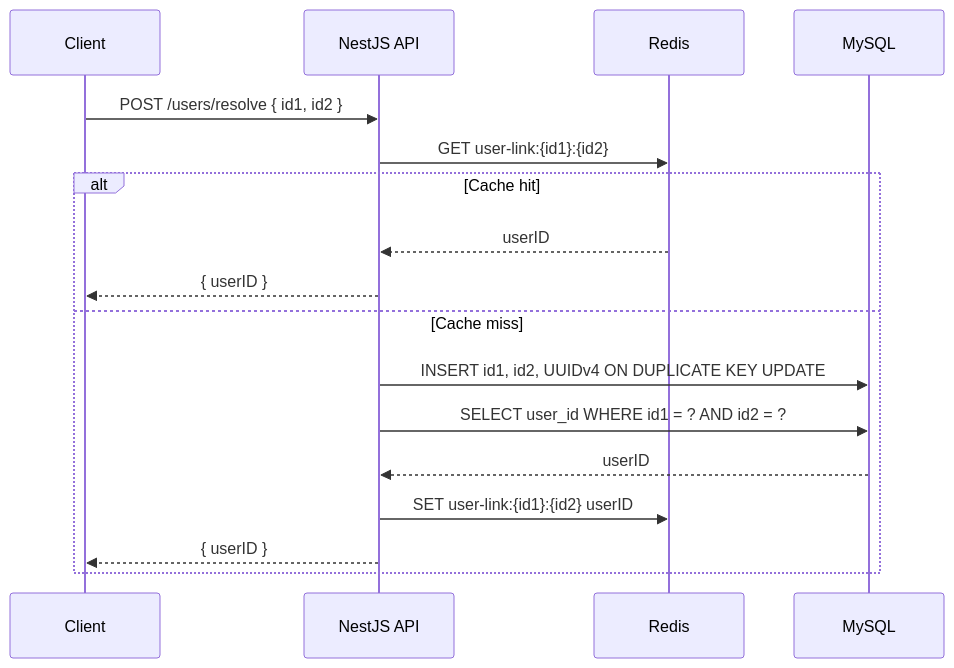
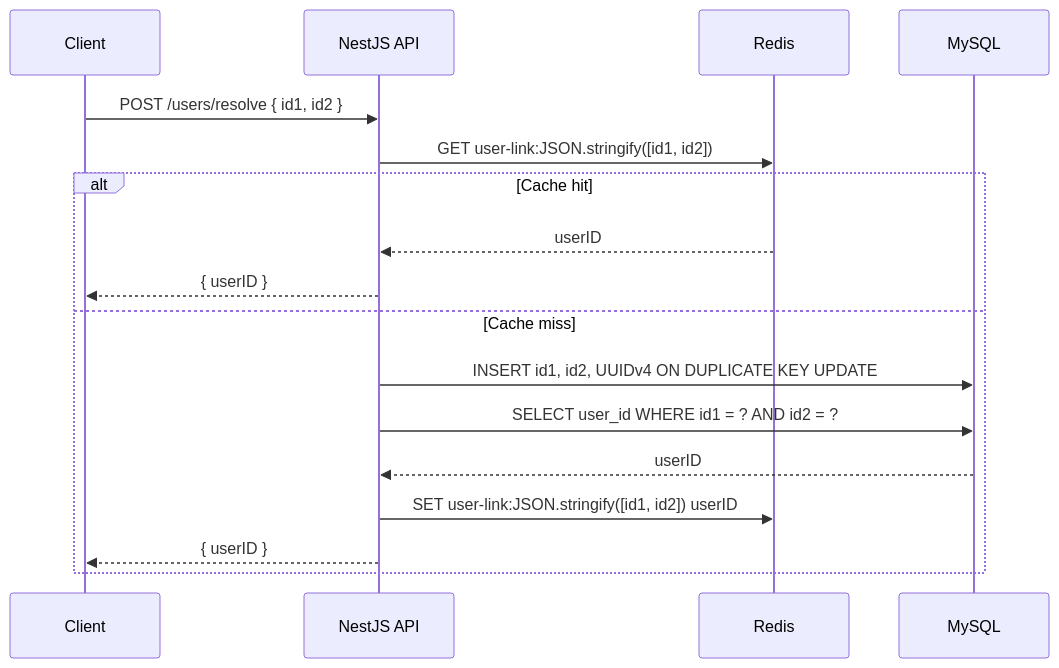
One commit to Chattercube/MediconcenBackendCodeTest changed the diagram in README.md. Above: the diagram before and after it, drawn with Mermaid. The commit also changed other lines of this file and 3 other files, not shown here.

````diff
--- a/README.md
+++ b/README.md
@@ -97,20 +99,20 @@
 ```mermaid
 sequenceDiagram
   participant Client
   participant API as NestJS API
   participant Redis
   participant MySQL
 
   Client->>API: POST /users/resolve { id1, id2 }
-  API->>Redis: GET user-link:{id1}:{id2}
+  API->>Redis: GET user-link:JSON.stringify([id1, id2])
   alt Cache hit
     Redis-->>API: userID
     API-->>Client: { userID }
   else Cache miss
     API->>MySQL: INSERT id1, id2, UUIDv4 ON DUPLICATE KEY UPDATE
     API->>MySQL: SELECT user_id WHERE id1 = ? AND id2 = ?
     MySQL-->>API: userID
-    API->>Redis: SET user-link:{id1}:{id2} userID
+    API->>Redis: SET user-link:JSON.stringify([id1, id2]) userID
     API-->>Client: { userID }
   end
 ```
````
